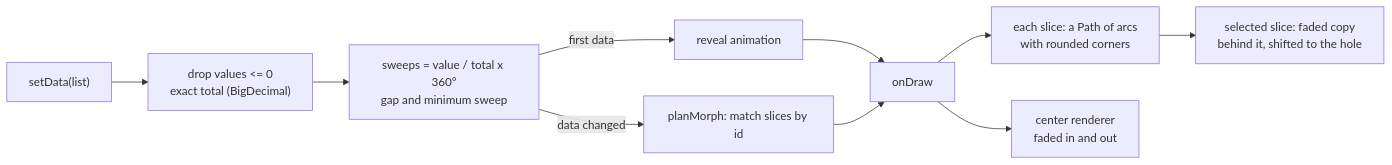
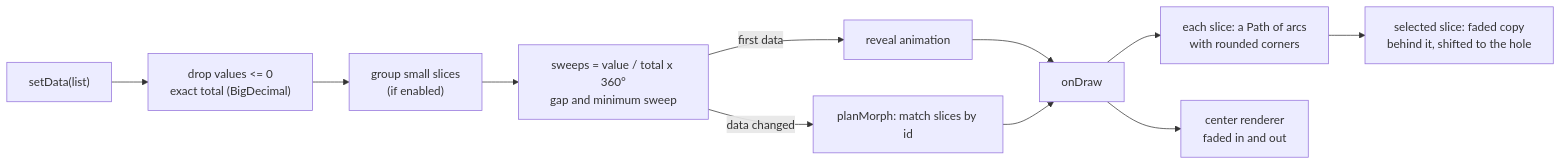
One commit to mohamadjavadx/PieChart changed the diagram in README.md. Above: the diagram before and after it, drawn with Mermaid. The commit also changed other lines of this file and 2 other files, not shown here.

````diff
--- a/README.md
+++ b/README.md
@@ -259,12 +273,13 @@
 ```mermaid
 flowchart LR
     A["setData(list)"] --> B["drop values <= 0<br/>exact total (BigDecimal)"]
-    B --> C["sweeps = value / total x 360°<br/>gap and minimum sweep"]
+    B --> B2["group small slices<br/>(if enabled)"]
+    B2 --> C["sweeps = value / total x 360°<br/>gap and minimum sweep"]
     C -->|first data| D["reveal animation"]
     C -->|data changed| E["planMorph: match slices by id"]
     D --> F["onDraw"]
     E --> F
     F --> G["each slice: a Path of arcs<br/>with rounded corners"]
     G --> H["selected slice: faded copy<br/>behind it, shifted to the hole"]
     F --> I["center renderer<br/>faded in and out"]
 ```
````
